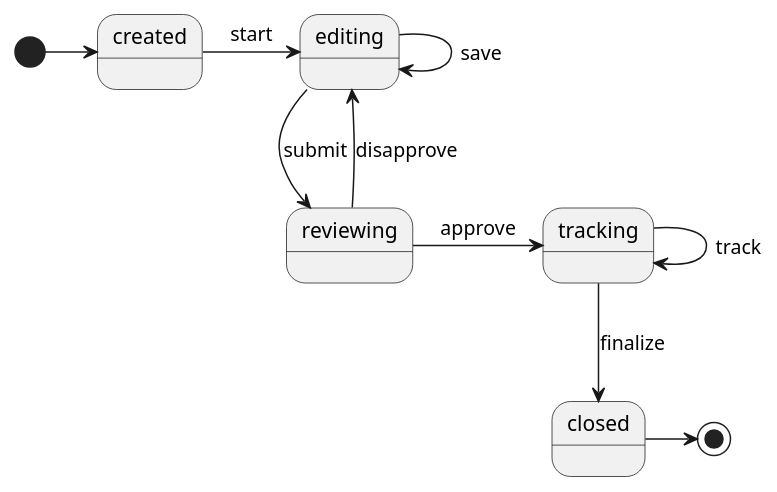
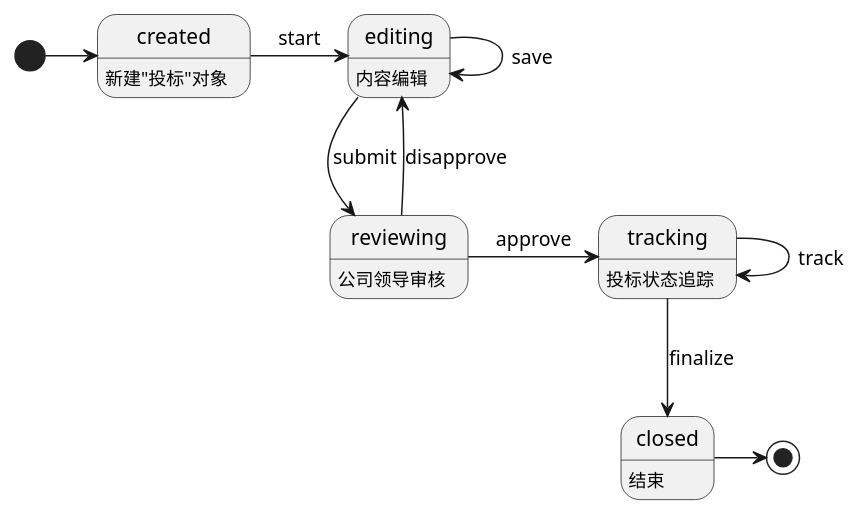
Before and after one commit to caochun/chartd: the diagram in uml/logic.pu, drawn with PlantUML. The commit also changed 4 other files, not shown here.

```diff
--- a/uml/logic.pu
+++ b/uml/logic.pu
@@ -1,16 +1,23 @@
 @startuml
+state created : 新建"投标"对象
+state editing : 内容编辑
+state reviewing : 公司领导审核
+state tracking : 投标状态追踪
+state closed : 结束
+
+
 [*] -right-> created
 
 created -right-> editing : start
 editing -down-> reviewing : submit
 editing --> editing : save
 
 reviewing -right-> tracking : approve
 reviewing -up-> editing : disapprove
 
 tracking --> tracking : track
 
 tracking -down-> closed : finalize
 closed -right-> [*]
 
 @enduml
```
